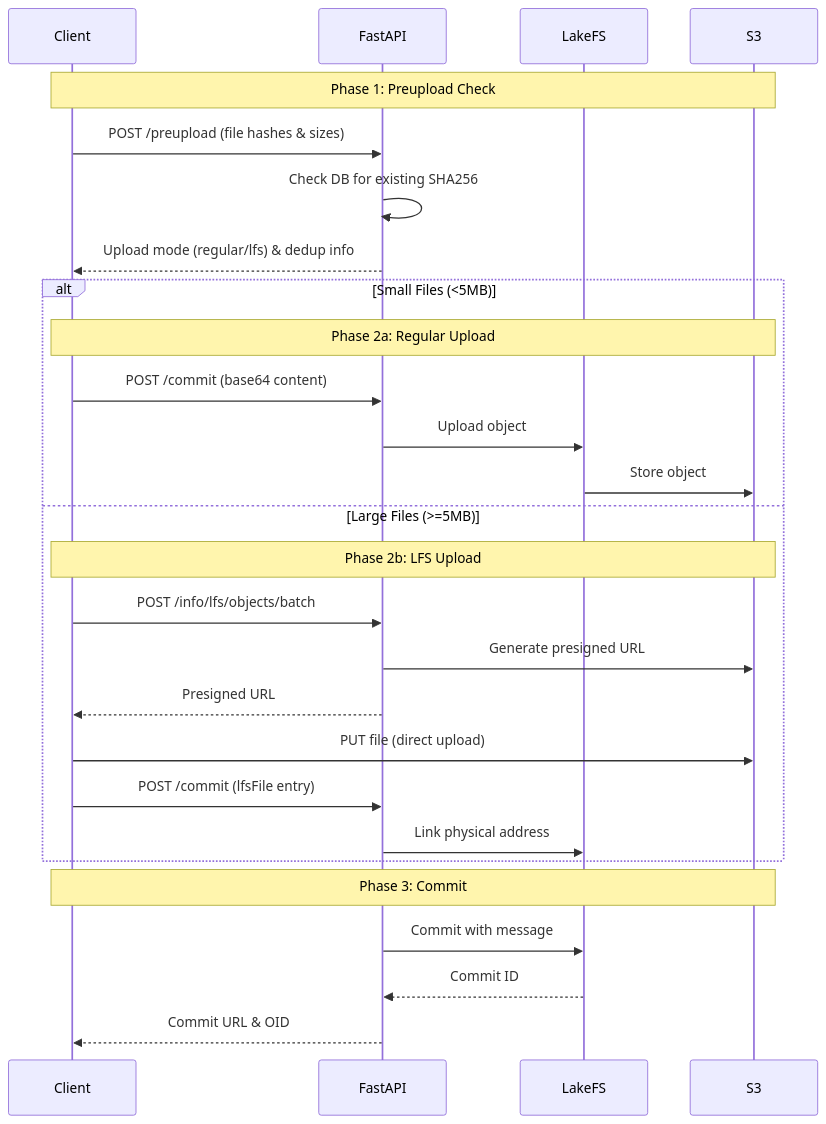
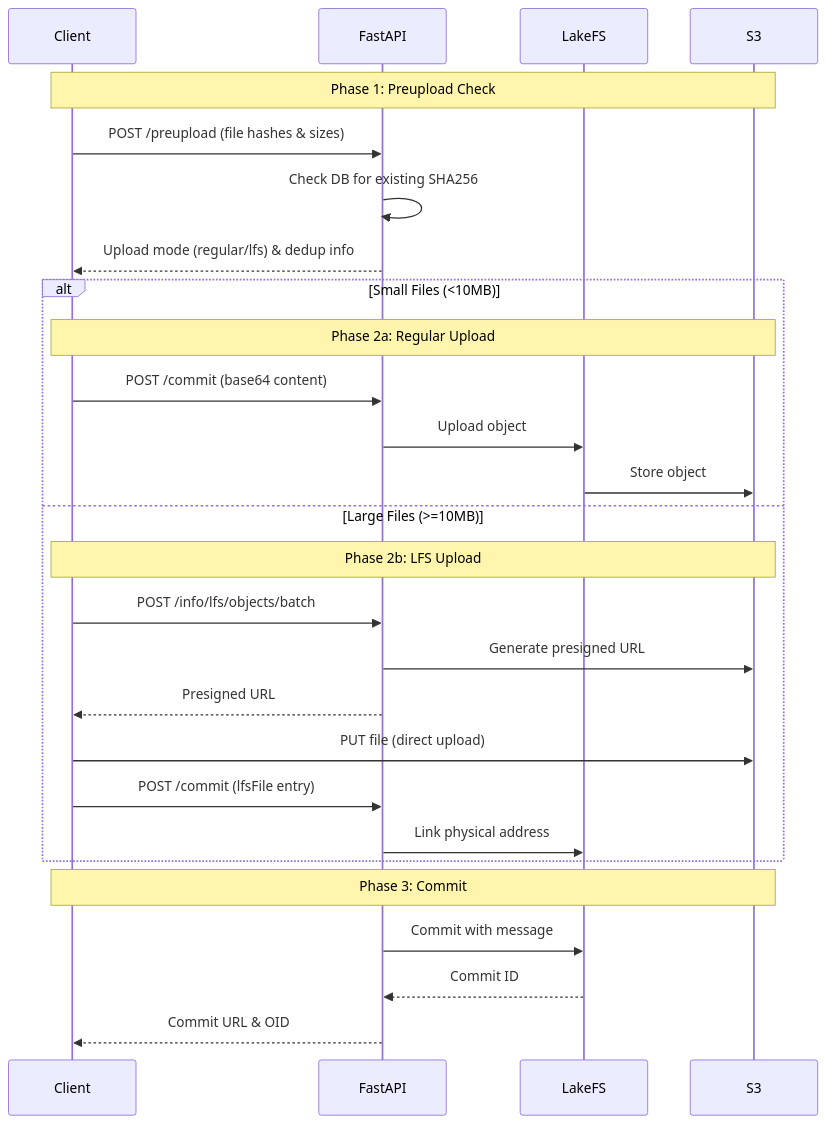
Before and after one commit to theblackcat102/KohakuHub: the third of 5 diagrams in docs/API.md, drawn with Mermaid. The commit also changed other lines of this file and 8 other files, not shown here.

````diff
--- a/docs/API.md
+++ b/docs/API.md
@@ -133,32 +80,32 @@
 ```mermaid
 sequenceDiagram
     participant Client
     participant API as FastAPI
     participant LakeFS
     participant S3
 
     Note over Client,S3: Phase 1: Preupload Check
     Client->>API: POST /preupload (file hashes & sizes)
     API->>API: Check DB for existing SHA256
     API-->>Client: Upload mode (regular/lfs) & dedup info
 
-    alt Small Files (<5MB)
+    alt Small Files (<10MB)
         Note over Client,S3: Phase 2a: Regular Upload
         Client->>API: POST /commit (base64 content)
         API->>LakeFS: Upload object
         LakeFS->>S3: Store object
-    else Large Files (>=5MB)
+    else Large Files (>=10MB)
         Note over Client,S3: Phase 2b: LFS Upload
         Client->>API: POST /info/lfs/objects/batch
         API->>S3: Generate presigned URL
         API-->>Client: Presigned URL
         Client->>S3: PUT file (direct upload)
         Client->>API: POST /commit (lfsFile entry)
         API->>LakeFS: Link physical address
     end
 
     Note over Client,S3: Phase 3: Commit
     API->>LakeFS: Commit with message
     LakeFS-->>API: Commit ID
     API-->>Client: Commit URL & OID
 ```
````
